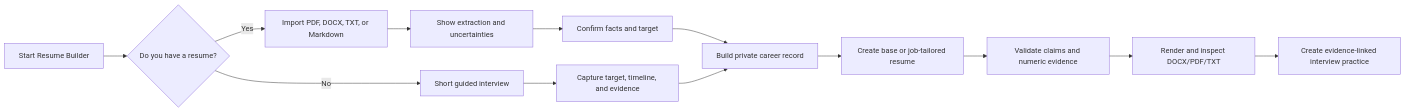
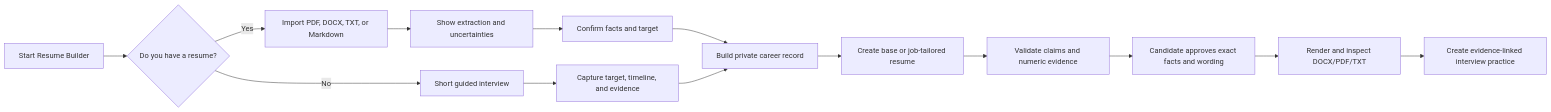
One commit to uzerkayat2004-gif/no1-resume-builder-skill changed the diagram in README.md. Above: the diagram before and after it, drawn with Mermaid. The commit also changed other lines of this file and 33 other files, not shown here.

````diff
--- a/README.md
+++ b/README.md
@@ -57,15 +59,16 @@
 ```mermaid
 flowchart LR
     A["Start Resume Builder"] --> B{"Do you have a resume?"}
     B -->|"Yes"| C["Import PDF, DOCX, TXT, or Markdown"]
     C --> D["Show extraction and uncertainties"]
     D --> E["Confirm facts and target"]
     B -->|"No"| F["Short guided interview"]
     F --> G["Capture target, timeline, and evidence"]
     E --> H["Build private career record"]
     G --> H
     H --> I["Create base or job-tailored resume"]
     I --> J["Validate claims and numeric evidence"]
-    J --> K["Render and inspect DOCX/PDF/TXT"]
-    K --> L["Create evidence-linked interview practice"]
+    J --> K["Candidate approves exact facts and wording"]
+    K --> M["Render and inspect DOCX/PDF/TXT"]
+    M --> L["Create evidence-linked interview practice"]
 ```
````
